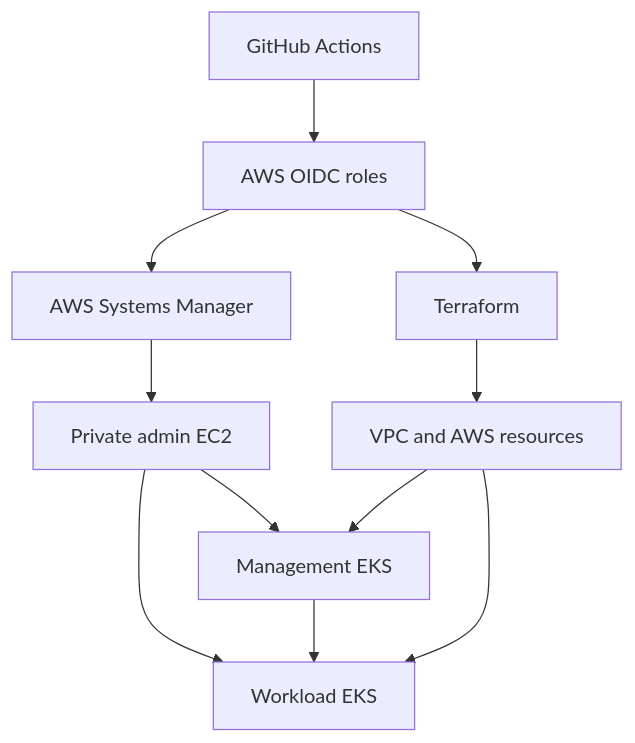
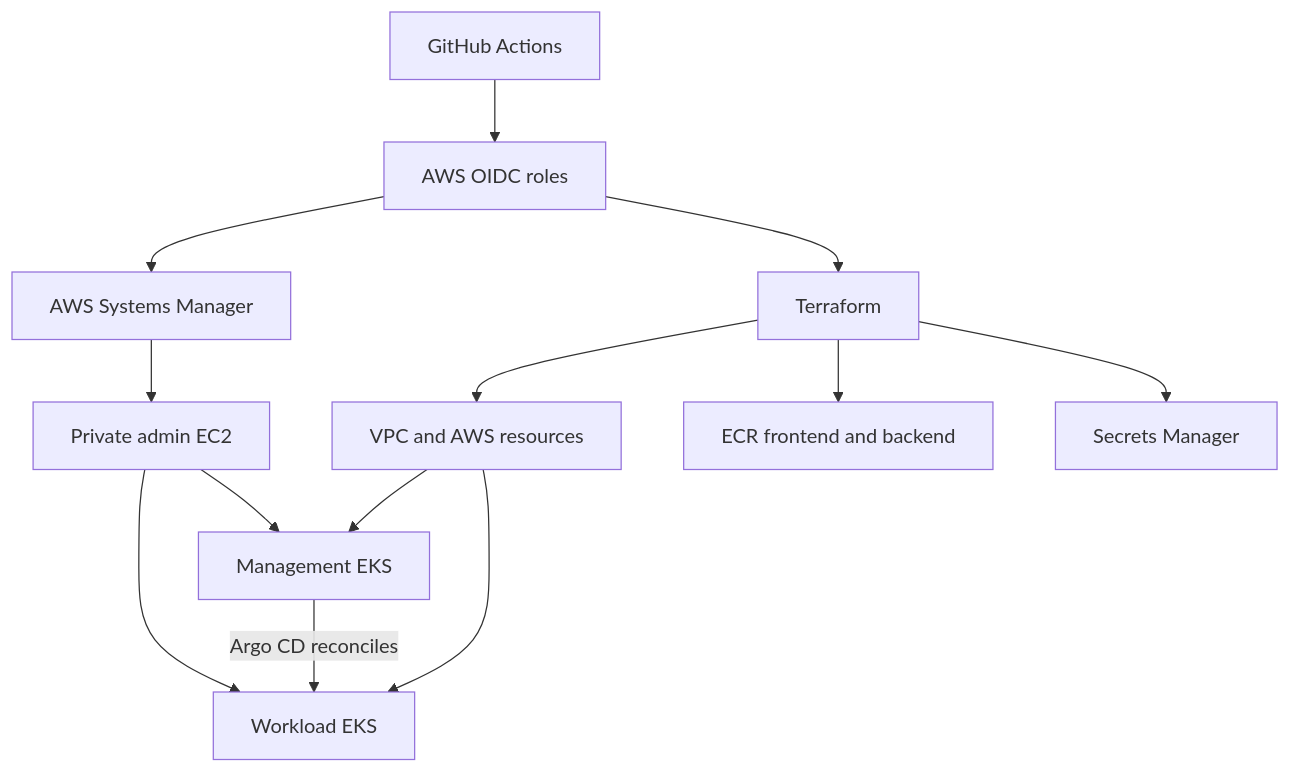
The first of 7 diagrams in README.md (iamridoydey/logbeacon-aws-infra), drawn with Mermaid before and after one commit. The commit also changed other lines of this file, not shown here.

````diff
--- a/README.md
+++ b/README.md
@@ -43,13 +39,15 @@
 ```mermaid
 flowchart TD
     CI[GitHub Actions] --> OIDC[AWS OIDC roles]
     OIDC --> TF[Terraform]
     OIDC --> SSM[AWS Systems Manager]
     SSM --> Admin[Private admin EC2]
     Admin --> Management[Management EKS]
     Admin --> Workload[Workload EKS]
-    Management --> Workload
+    Management -->|Argo CD reconciles| Workload
     TF --> VPC[VPC and AWS resources]
     VPC --> Management
     VPC --> Workload
+    TF --> ECR[ECR frontend and backend]
+    TF --> Secrets[Secrets Manager]
 ```
````
